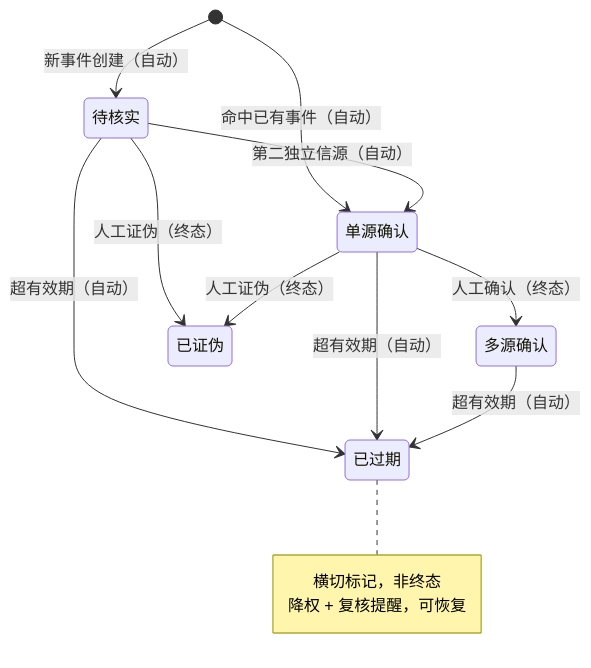
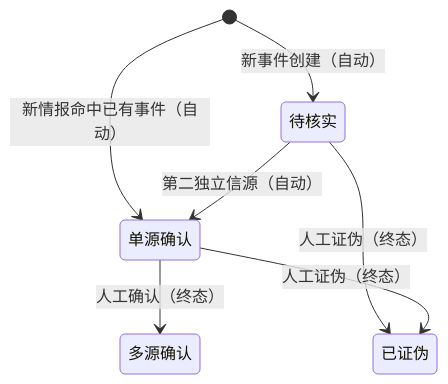
The seventh of 10 diagrams in backlog/docs/doc-2 - 架构设计-Architecture.md (leoricmaster/pih), drawn with Mermaid before and after one commit. The commit also changed other lines of this file, not shown here.

````diff
--- a/backlog/docs/doc-2 - 架构设计-Architecture.md
+++ b/backlog/docs/doc-2 - 架构设计-Architecture.md
@@ -271,16 +272,9 @@
 ```mermaid
 stateDiagram-v2
     [*] --> 待核实 : 新事件创建（自动）
-    [*] --> 单源确认 : 命中已有事件（自动）
+    [*] --> 单源确认 : 新情报命中已有事件（自动）
     待核实 --> 单源确认 : 第二独立信源（自动）
     单源确认 --> 多源确认 : 人工确认（终态）
     待核实 --> 已证伪 : 人工证伪（终态）
     单源确认 --> 已证伪 : 人工证伪（终态）
-    待核实 --> 已过期 : 超有效期（自动）
-    单源确认 --> 已过期 : 超有效期（自动）
-    多源确认 --> 已过期 : 超有效期（自动）
-    note right of 已过期
-        横切标记，非终态
-        降权 + 复核提醒，可恢复
-    end note
 ```
````
